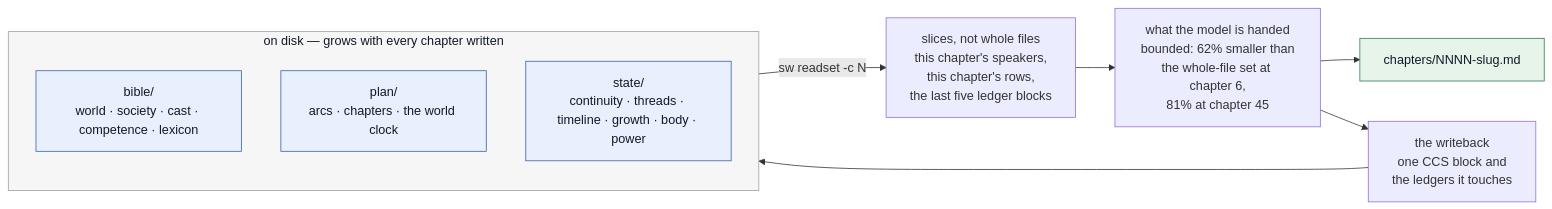
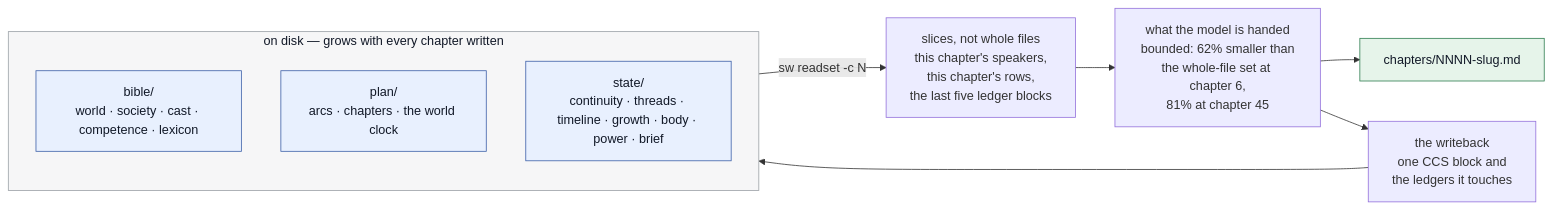
The third of 3 diagrams in README.md (Adhin37/skilled-writer), drawn with Mermaid before and after one commit. The commit also changed other lines of this file and 17 other files, not shown here.

````diff
--- a/README.md
+++ b/README.md
@@ -249,21 +249,21 @@
 ```mermaid
 flowchart LR
     subgraph disk ["on disk — grows with every chapter written"]
         direction TB
         BB["bible/<br>world · society · cast · competence · lexicon"]
         PP["plan/<br>arcs · chapters · the world clock"]
-        SS["state/<br>continuity · threads · timeline · growth · body · power"]
+        SS["state/<br>continuity · threads · timeline · growth · body · power · brief"]
     end
 
     disk -- "sw readset -c N" --> RS["slices, not whole files<br>this chapter's speakers,<br>this chapter's rows,<br>the last five ledger blocks"]
     RS --> CTX["what the model is handed<br>bounded: 62% smaller than<br>the whole-file set at chapter 6,<br>81% at chapter 45"]
     CTX --> OUT["chapters/NNNN-slug.md"]
     CTX --> WBK["the writeback<br>one CCS block and<br>the ledgers it touches"]
     WBK --> disk
 
     style disk fill:#f6f6f7,stroke:#9aa0a6,color:#111827
     classDef store fill:#e8f0fe,stroke:#3b5fa8,color:#111827
     classDef done fill:#e6f4ea,stroke:#2e7d4f,color:#111827
     class BB,PP,SS store
     class OUT done
 ```
````
